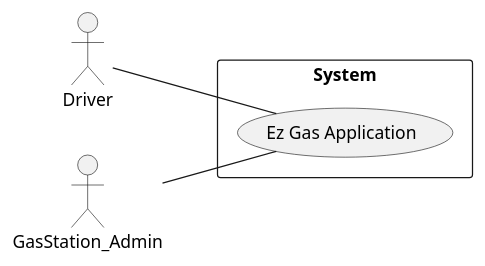
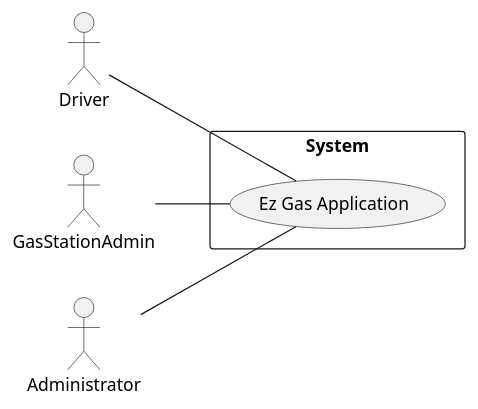
The first of 4 diagrams in docs/RequirementsDocument.md (LucaOddoneSE/EZGas), drawn with PlantUML before and after one commit.

Commit message:
docs : Context Diagram modified

````diff
--- a/docs/RequirementsDocument.md
+++ b/docs/RequirementsDocument.md
@@ -43,9 +43,13 @@
 ```plantuml
 left to right direction
 actor Driver as a
-actor GasStation_Admin as b
+actor GasStationAdmin as b
+actor Administrator as c
+
 rectangle System {
 a -- (Ez Gas Application)
 b -- (Ez Gas Application)
+c -- (Ez Gas Application)
+
 }
 ```
````
